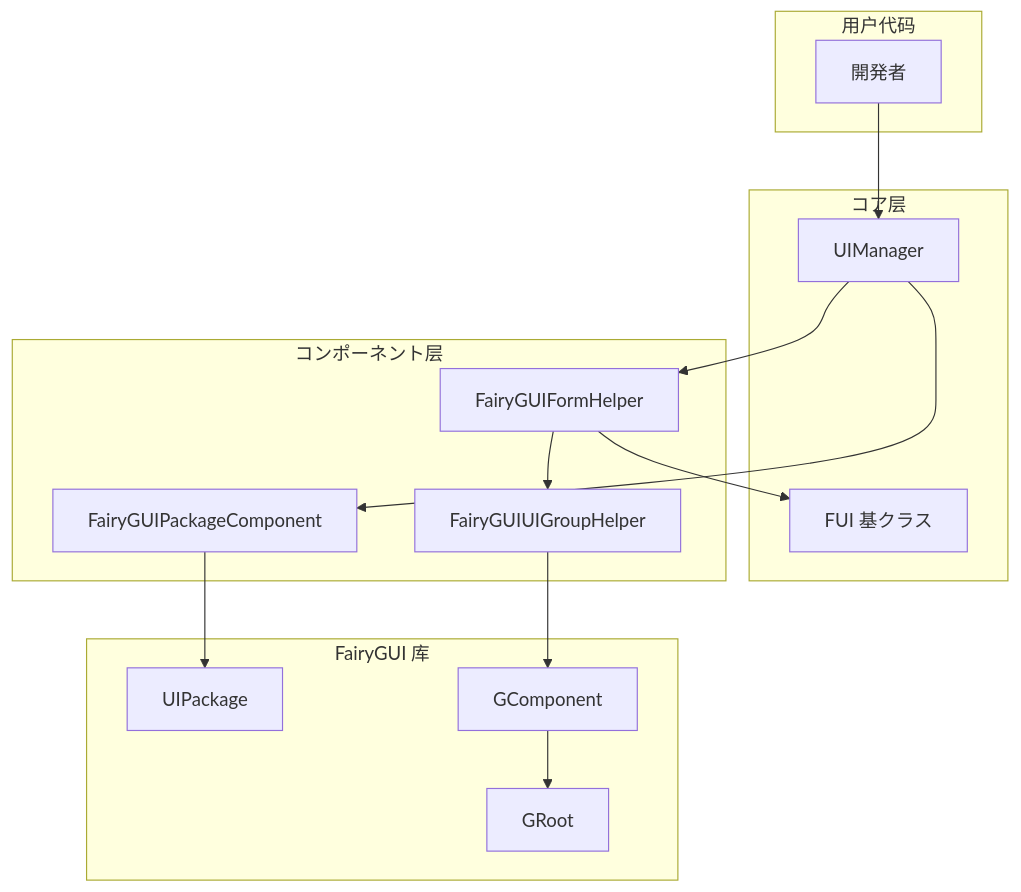
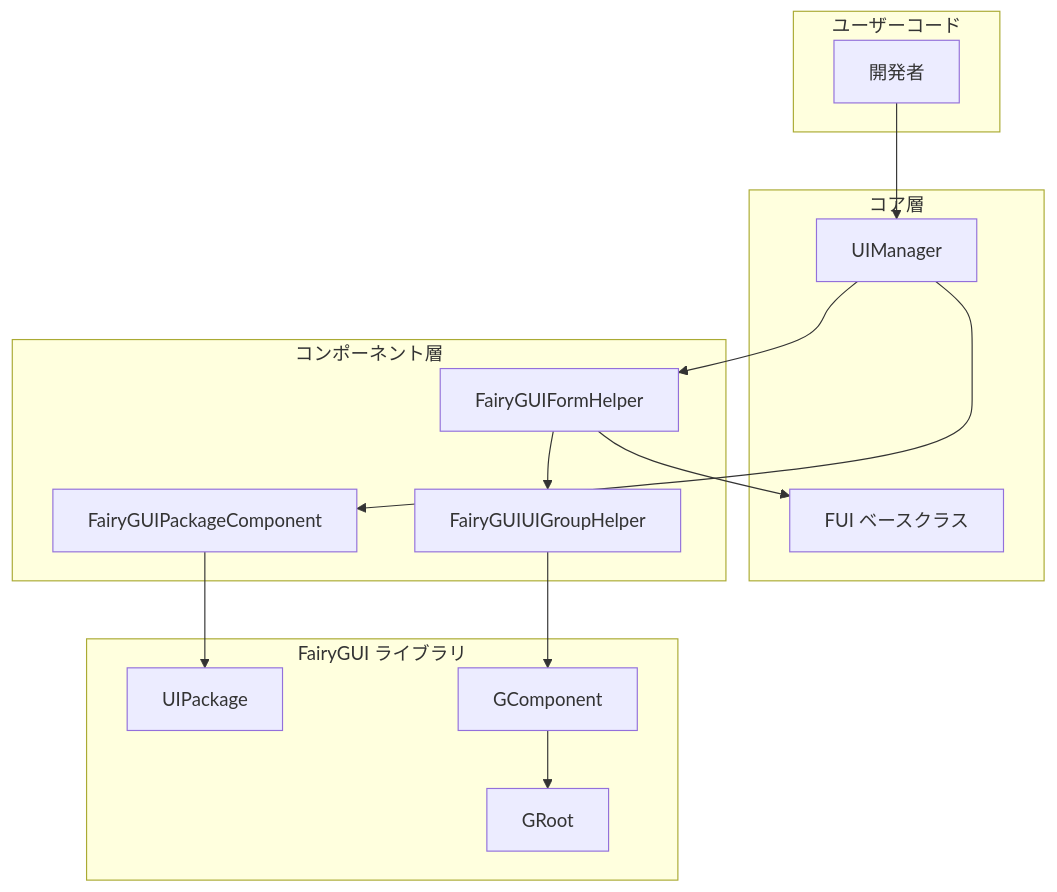
The diagram in docs/ja/client/unity/component/ui-fairygui/15.troubleshooting.md (AlianBlank/GameFrameX.Docs), drawn with Mermaid before and after one commit. The commit also changed other lines of this file and 320 other files, not shown here.

````diff
--- a/docs/ja/client/unity/component/ui-fairygui/15.troubleshooting.md
+++ b/docs/ja/client/unity/component/ui-fairygui/15.troubleshooting.md
@@ -261,32 +261,32 @@
 ```mermaid
 flowchart TD
-    subgraph External["用户代码"]
+    subgraph External["ユーザーコード"]
         Developer[開発者]
     end
 
-    subgraph Core["コア层"]
+    subgraph Core["コア層"]
         UIMgr[UIManager]
-        FUI[FUI 基クラス]
+        FUI[FUI ベースクラス]
     end
 
-    subgraph Components["コンポーネント层"]
+    subgraph Components["コンポーネント層"]
         PKG[FairyGUIPackageComponent]
         FormHelper[FairyGUIFormHelper]
         UIGroupHelper[FairyGUIUIGroupHelper]
     end
 
-    subgraph FairyGUI["FairyGUI 库"]
+    subgraph FairyGUI["FairyGUI ライブラリ"]
         UIPackage[UIPackage]
         GComponent[GComponent]
         GRoot[GRoot]
     end
 
     Developer --> UIMgr
     UIMgr --> FormHelper
     UIMgr --> PKG
     FormHelper --> FUI
     FormHelper --> UIGroupHelper
     UIGroupHelper --> GComponent
     PKG --> UIPackage
     GComponent --> GRoot
 ```
````
